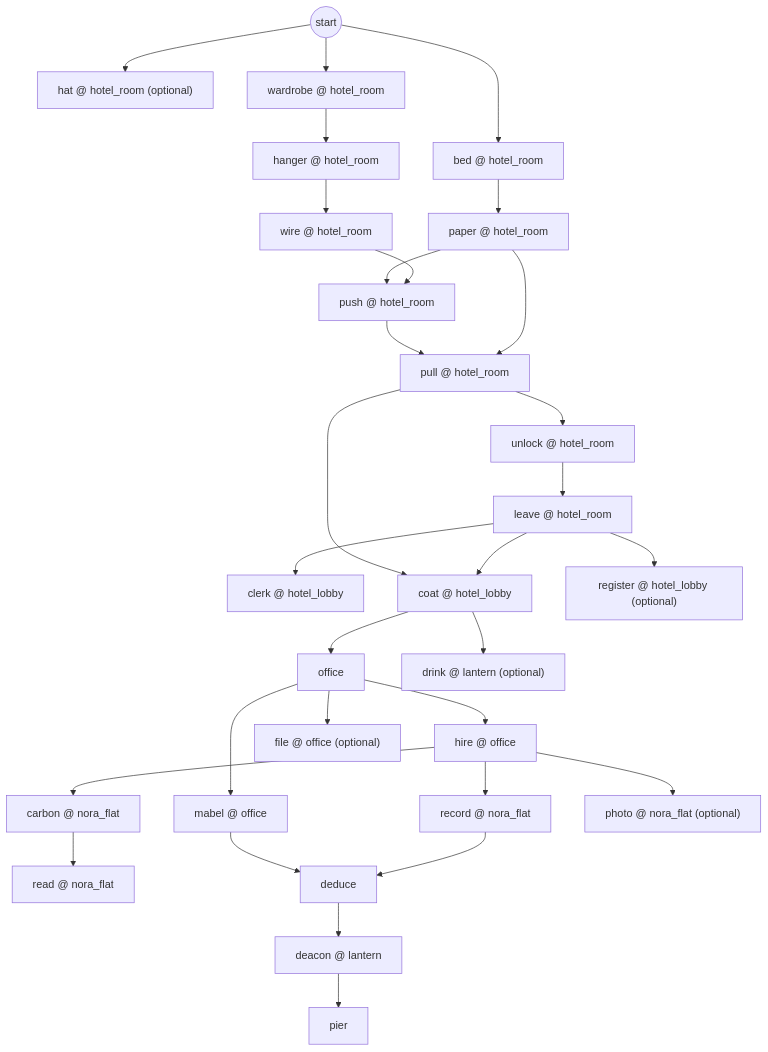
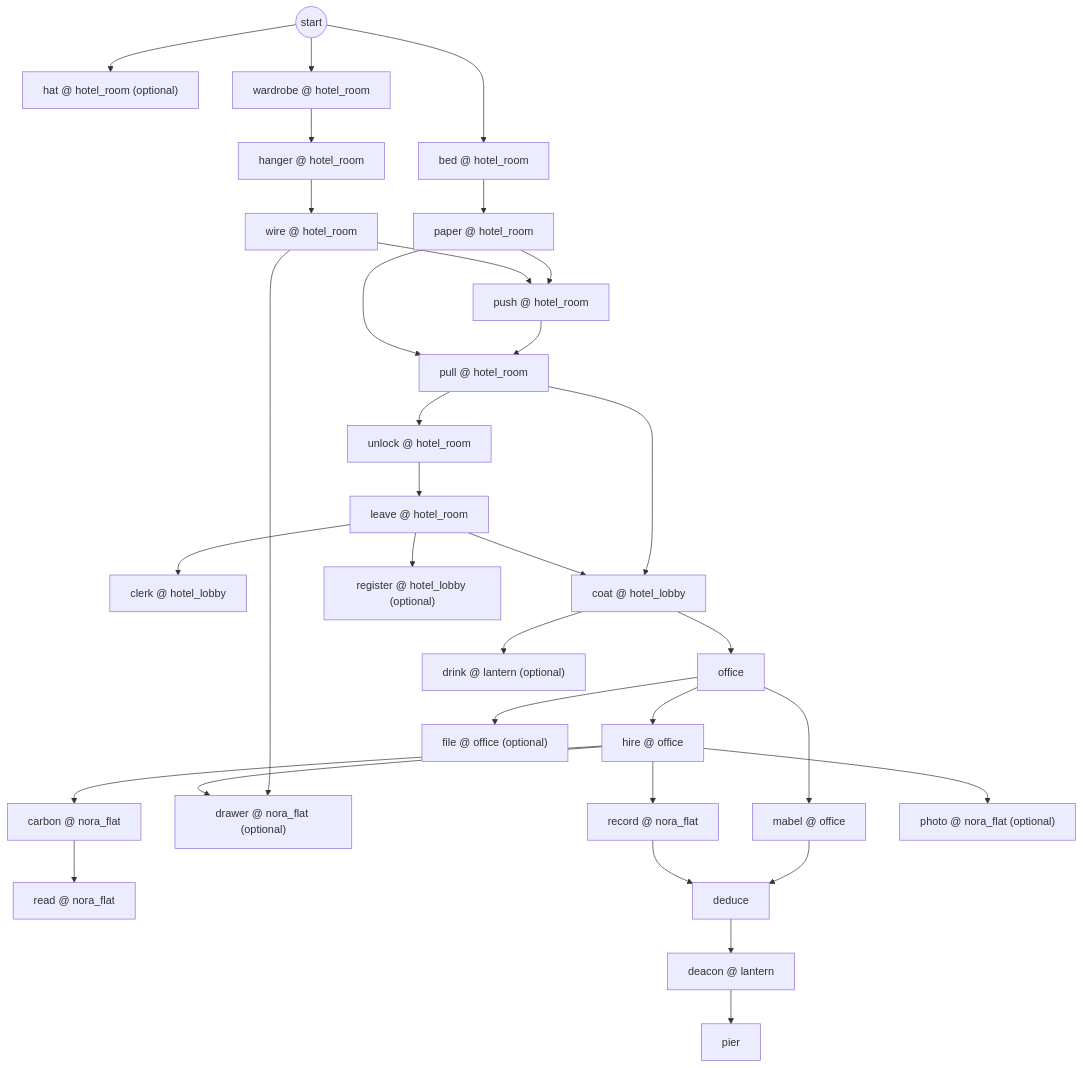
One commit to GasPhil1968/kolo-srece changed the first of 8 diagrams in nightlatch/docs/PUZZLE_GRAPH.md. Above: the diagram before and after it, drawn with Mermaid. The commit also changed other lines of this file and 9 other files, not shown here.

````diff
--- a/nightlatch/docs/PUZZLE_GRAPH.md
+++ b/nightlatch/docs/PUZZLE_GRAPH.md
@@ -7,58 +7,61 @@
 ```mermaid
 flowchart TD
   start1((start))
   c1_hat["hat @ hotel_room (optional)"]
   c1_bed["bed @ hotel_room"]
   c1_wardrobe["wardrobe @ hotel_room"]
   c1_hanger["hanger @ hotel_room"]
   c1_wire["wire @ hotel_room"]
   c1_paper["paper @ hotel_room"]
   c1_push["push @ hotel_room"]
   c1_pull["pull @ hotel_room"]
   c1_unlock["unlock @ hotel_room"]
   c1_leave["leave @ hotel_room"]
   c1_clerk["clerk @ hotel_lobby"]
   c1_coat["coat @ hotel_lobby"]
   c1_register["register @ hotel_lobby (optional)"]
   c1_office["office"]
   c1_mabel["mabel @ office"]
   c1_hire["hire @ office"]
   c1_file["file @ office (optional)"]
+  c1_drawer["drawer @ nora_flat (optional)"]
   c1_carbon["carbon @ nora_flat"]
   c1_read["read @ nora_flat"]
   c1_record["record @ nora_flat"]
   c1_photo["photo @ nora_flat (optional)"]
   c1_deduce["deduce"]
   c1_drink["drink @ lantern (optional)"]
   c1_deacon["deacon @ lantern"]
   c1_pier["pier"]
   start1 --> c1_hat
   start1 --> c1_bed
   start1 --> c1_wardrobe
   c1_wardrobe --> c1_hanger
   c1_hanger --> c1_wire
   c1_bed --> c1_paper
   c1_paper --> c1_push
   c1_wire --> c1_push
   c1_push --> c1_pull
   c1_paper --> c1_pull
   c1_pull --> c1_unlock
   c1_unlock --> c1_leave
   c1_leave --> c1_clerk
   c1_pull --> c1_coat
   c1_leave --> c1_coat
   c1_leave --> c1_register
   c1_coat --> c1_office
   c1_office --> c1_mabel
   c1_office --> c1_hire
   c1_office --> c1_file
+  c1_wire --> c1_drawer
+  c1_hire --> c1_drawer
   c1_hire --> c1_carbon
   c1_carbon --> c1_read
   c1_hire --> c1_record
   c1_hire --> c1_photo
   c1_mabel --> c1_deduce
   c1_record --> c1_deduce
   c1_coat --> c1_drink
   c1_deduce --> c1_deacon
   c1_deacon --> c1_pier
 ```
````
